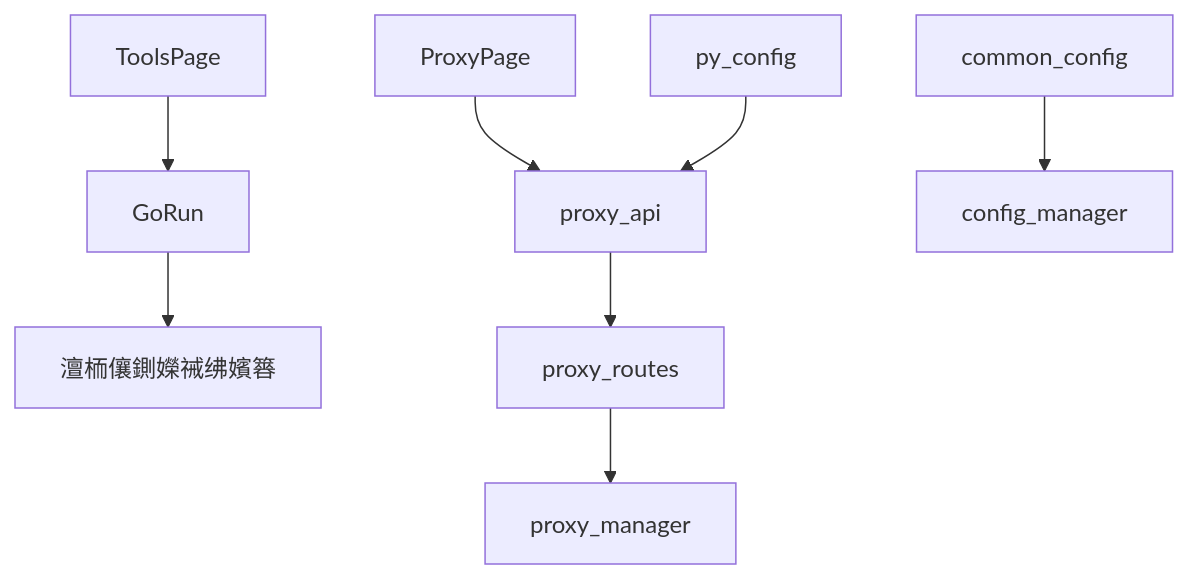
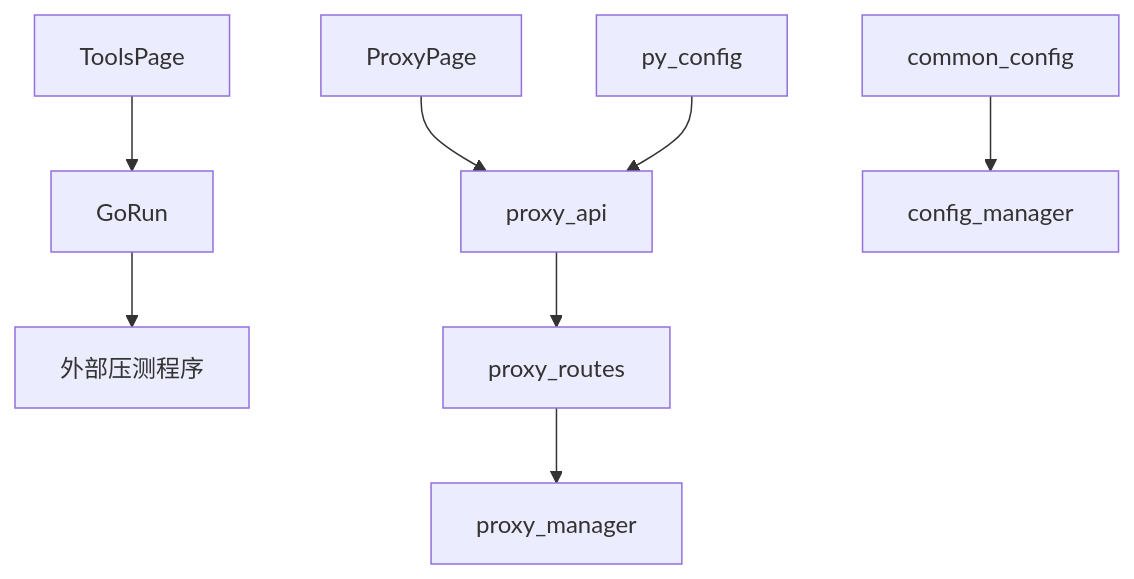
One commit to boltspectre/temu-automation-toolkit changed the fifth of 5 diagrams in 代码规范/系统说明文档md/图形用户界面/工具页面/压力测试模块.md. Above: the diagram before and after it, drawn with Mermaid. The commit also changed other lines of this file and 15 other files, not shown here.

````diff
--- a/代码规范/系统说明文档md/图形用户界面/工具页面/压力测试模块.md
+++ b/代码规范/系统说明文档md/图形用户界面/工具页面/压力测试模块.md
@@ -256,10 +341,10 @@
 ```mermaid
 graph TB
 TP["ToolsPage"] --> GR["GoRun"]
-GR --> EXE["澶栭儴鍘嬫祴绋嬪簭"]
+GR --> EXE["外部压测程序"]
 PP["ProxyPage"] --> API["proxy_api"]
 API --> RT["proxy_routes"]
 RT --> PM["proxy_manager"]
 PC["py_config"] --> API
 CC["common_config"] --> CM["config_manager"]
 ```
````
